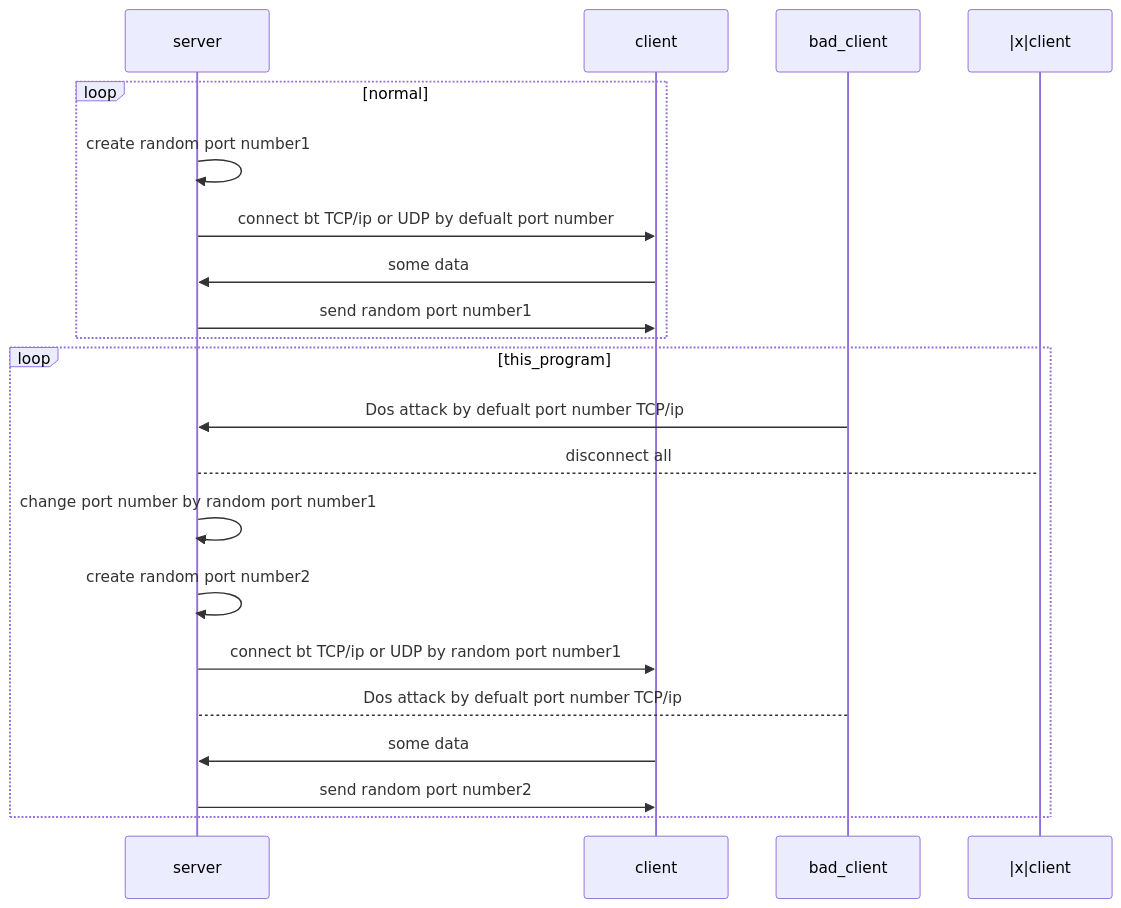
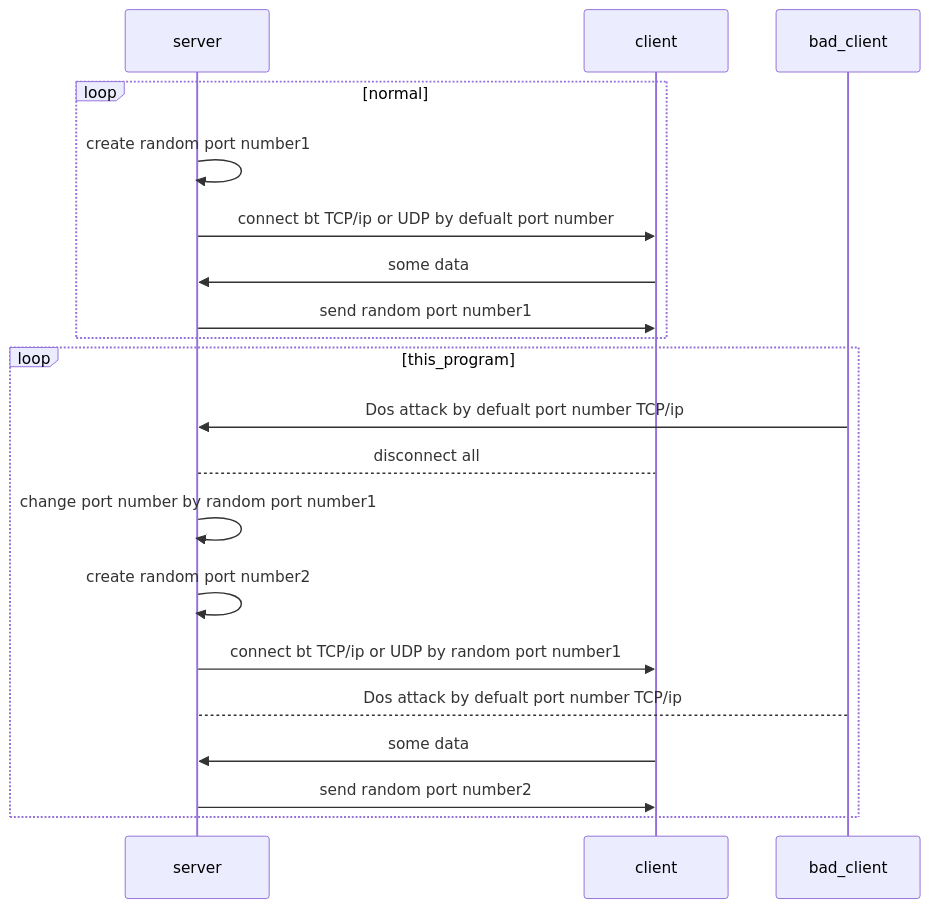
The second of 2 diagrams in README.md (JSHTIRED/Port_Connect_not-key), drawn with Mermaid before and after one commit.

````diff
--- a/README.md
+++ b/README.md
@@ -56,22 +56,22 @@
 ```mermaid
 sequenceDiagram
     participant server
     participant client
     participant bad_client
 loop normal
     server->>server : create random port number1
     server->>client : connect bt TCP/ip or UDP by defualt port number
     client->>server : some data
     server->>client : send random port number1
 end
 loop this_program
     bad_client->>server : Dos attack by defualt port number TCP/ip
-    server-->|x|client : disconnect all
+    server-->client : disconnect all
     server->>server : change port number by random port number1
     server->>server : create random port number2
     server->>client : connect bt TCP/ip or UDP by random port number1
     bad_client-->server: Dos attack by defualt port number TCP/ip
     client->>server : some data
     server->>client : send random port number2
 end
 ```
````
